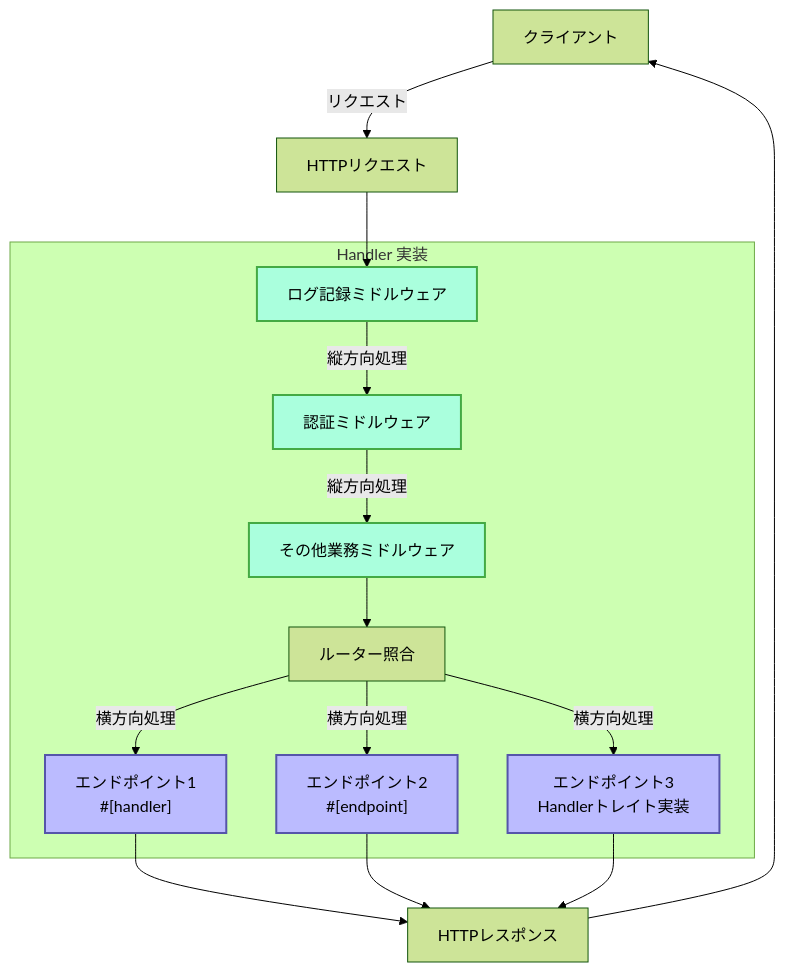
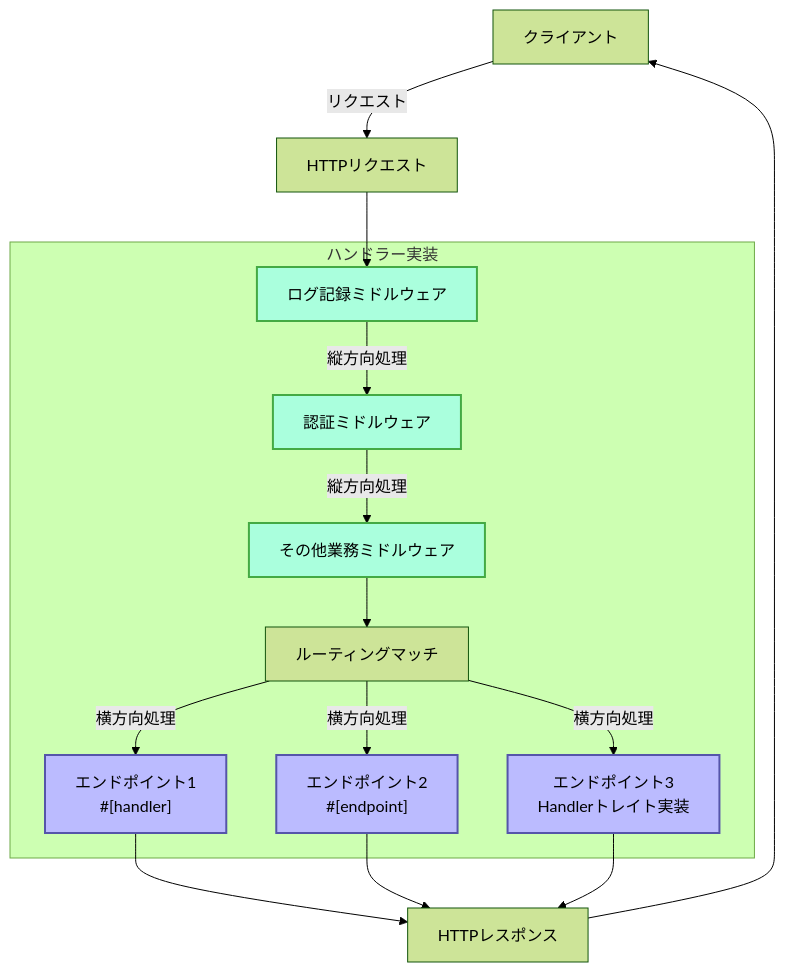
The first of 2 diagrams in docs/ja/guide/concepts/handler.mdx (salvo-rs/website), drawn with Mermaid (forest theme) before and after one commit. The commit also changed other lines of this file and 1062 other files, not shown here.

````diff
--- a/docs/ja/guide/concepts/handler.mdx
+++ b/docs/ja/guide/concepts/handler.mdx
@@ -15,25 +15,25 @@
 ```mermaid
 flowchart TD
     Client[クライアント] -->|リクエスト| Request[HTTPリクエスト]
     Request --> M1
 
-    subgraph "Handler 実装"
+    subgraph "ハンドラー実装"
         M1[ログ記録ミドルウェア] -->|縦方向処理| M2[認証ミドルウェア] -->|縦方向処理| M3[その他業務ミドルウェア]
-        M3 --> Router[ルーター照合]
+        M3 --> Router[ルーティングマッチ]
 
         Router -->|横方向処理| E1["エンドポイント1<br>#[handler]"]
         Router -->|横方向処理| E2["エンドポイント2<br>#[endpoint]"]
         Router -->|横方向処理| E3["エンドポイント3<br>Handlerトレイト実装"]
     end
 
     E1 --> Response[HTTPレスポンス]
     E2 --> Response
     E3 --> Response
     Response --> Client
 
     classDef middleware fill:#afd,stroke:#4a4,stroke-width:2px;
     classDef endpoint fill:#bbf,stroke:#55a,stroke-width:2px;
 
     class M1,M2,M3 middleware;
     class E1,E2,E3 endpoint;
 ```
````
